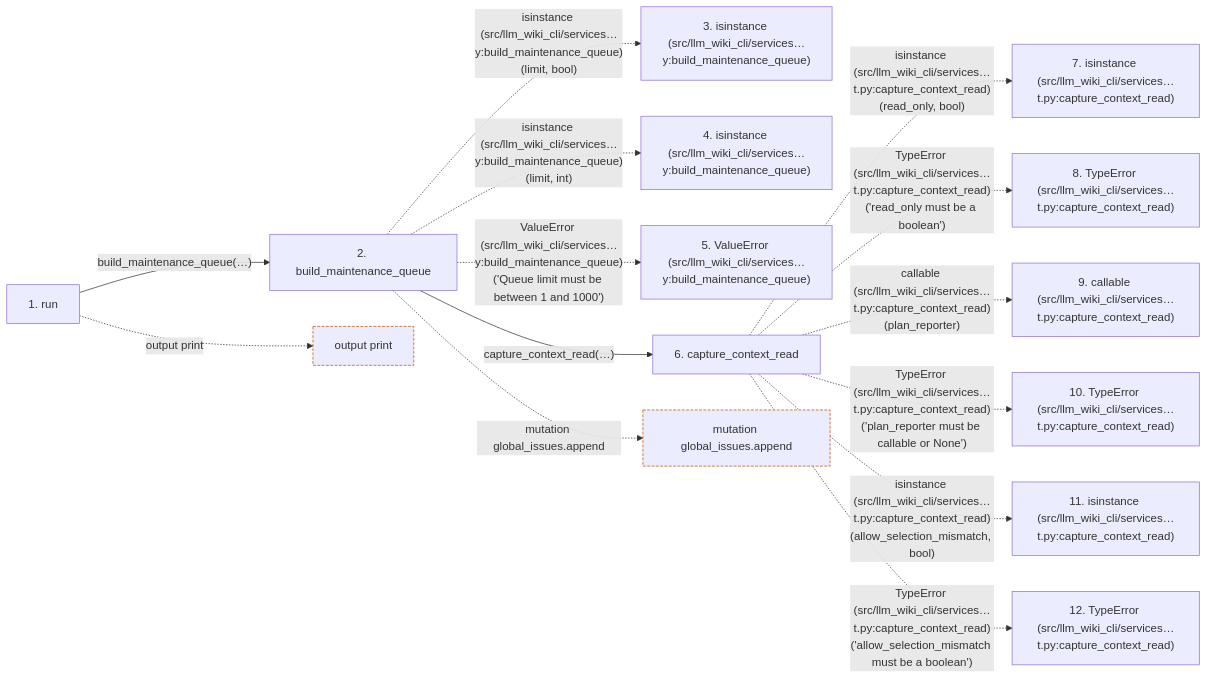
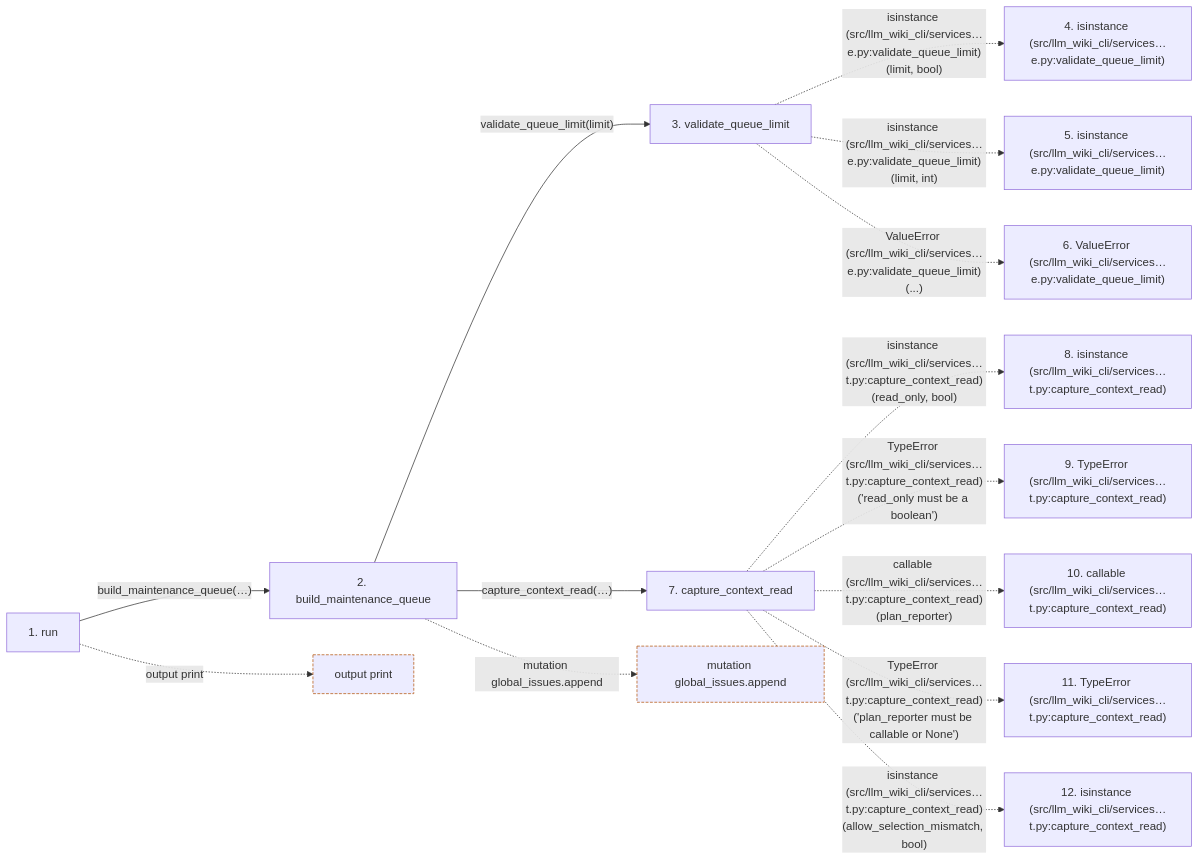
The second of 2 diagrams in docs/llm_wiki/flows/cli-queue.md (Denissvgn/python-wiki-llm), drawn with Mermaid before and after one commit. The commit also changed other lines of this file and 32 other files, not shown here.

First line of the commit message:
Validate search and queue inputs and clarify response metadata (#31)

````diff
--- a/docs/llm_wiki/flows/cli-queue.md
+++ b/docs/llm_wiki/flows/cli-queue.md
@@ -129,36 +130,37 @@
 ```mermaid
 flowchart LR
     s1["1. run"]
     s2["2. build_maintenance_queue"]
-    s3["3. isinstance (src/llm_wiki_cli/services…y:build_maintenance_queue)"]
-    s4["4. isinstance (src/llm_wiki_cli/services…y:build_maintenance_queue)"]
-    s5["5. ValueError (src/llm_wiki_cli/services…y:build_maintenance_queue)"]
-    s6["6. capture_context_read"]
-    s7["7. isinstance (src/llm_wiki_cli/services…t.py:capture_context_read)"]
-    s8["8. TypeError (src/llm_wiki_cli/services…t.py:capture_context_read)"]
-    s9["9. callable (src/llm_wiki_cli/services…t.py:capture_context_read)"]
-    s10["10. TypeError (src/llm_wiki_cli/services…t.py:capture_context_read)"]
-    s11["11. isinstance (src/llm_wiki_cli/services…t.py:capture_context_read)"]
-    s12["12. TypeError (src/llm_wiki_cli/services…t.py:capture_context_read)"]
+    s3["3. validate_queue_limit"]
+    s4["4. isinstance (src/llm_wiki_cli/services…e.py:validate_queue_limit)"]
+    s5["5. isinstance (src/llm_wiki_cli/services…e.py:validate_queue_limit)"]
+    s6["6. ValueError (src/llm_wiki_cli/services…e.py:validate_queue_limit)"]
+    s7["7. capture_context_read"]
+    s8["8. isinstance (src/llm_wiki_cli/services…t.py:capture_context_read)"]
+    s9["9. TypeError (src/llm_wiki_cli/services…t.py:capture_context_read)"]
+    s10["10. callable (src/llm_wiki_cli/services…t.py:capture_context_read)"]
+    s11["11. TypeError (src/llm_wiki_cli/services…t.py:capture_context_read)"]
+    s12["12. isinstance (src/llm_wiki_cli/services…t.py:capture_context_read)"]
     s1 -->|"build_maintenance_queue(…)"| s2
-    s2 -. "isinstance (src/llm_wiki_cli/services…y:build_maintenance_queue)(limit, bool)" .-> s3
-    s2 -. "isinstance (src/llm_wiki_cli/services…y:build_maintenance_queue)(limit, int)" .-> s4
-    s2 -. "ValueError (src/llm_wiki_cli/services…y:build_maintenance_queue)('Queue limit must be between 1 and 1000')" .-> s5
-    s2 -->|"capture_context_read(…)"| s6
-    s6 -. "isinstance (src/llm_wiki_cli/services…t.py:capture_context_read)(read_only, bool)" .-> s7
-    s6 -. "TypeError (src/llm_wiki_cli/services…t.py:capture_context_read)('read_only must be a boolean')" .-> s8
-    s6 -. "callable (src/llm_wiki_cli/services…t.py:capture_context_read)(plan_reporter)" .-> s9
-    s6 -. "TypeError (src/llm_wiki_cli/services…t.py:capture_context_read)('plan_reporter must be callable or None')" .-> s10
-    s6 -. "isinstance (src/llm_wiki_cli/services…t.py:capture_context_read)(allow_selection_mismatch, bool)" .-> s11
-    s6 -. "TypeError (src/llm_wiki_cli/services…t.py:capture_context_read)('allow_selection_mismatch must be a boolean')" .-> s12
+    s2 -->|"validate_queue_limit(limit)"| s3
+    s3 -. "isinstance (src/llm_wiki_cli/services…e.py:validate_queue_limit)(limit, bool)" .-> s4
+    s3 -. "isinstance (src/llm_wiki_cli/services…e.py:validate_queue_limit)(limit, int)" .-> s5
+    s3 -. "ValueError (src/llm_wiki_cli/services…e.py:validate_queue_limit)(...)" .-> s6
+    s2 -->|"capture_context_read(…)"| s7
+    s7 -. "isinstance (src/llm_wiki_cli/services…t.py:capture_context_read)(read_only, bool)" .-> s8
+    s7 -. "TypeError (src/llm_wiki_cli/services…t.py:capture_context_read)('read_only must be a boolean')" .-> s9
+    s7 -. "callable (src/llm_wiki_cli/services…t.py:capture_context_read)(plan_reporter)" .-> s10
+    s7 -. "TypeError (src/llm_wiki_cli/services…t.py:capture_context_read)('plan_reporter must be callable or None')" .-> s11
+    s7 -. "isinstance (src/llm_wiki_cli/services…t.py:capture_context_read)(allow_selection_mismatch, bool)" .-> s12
     b0["output print"]
     s1 -. "output print" .-> b0
     b1["mutation global_issues.append"]
     s2 -. "mutation global_issues.append" .-> b1
     click s1 "../modules/queue_cmd.md"
     click s2 "../modules/maintenance_queue.md"
-    click s6 "../modules/context_packet.md"
+    click s3 "../modules/maintenance_queue.md"
+    click s7 "../modules/context_packet.md"
     classDef boundary stroke:#b45309,stroke-dasharray: 4 2
     class b0 boundary
     class b1 boundary
 ```
````
